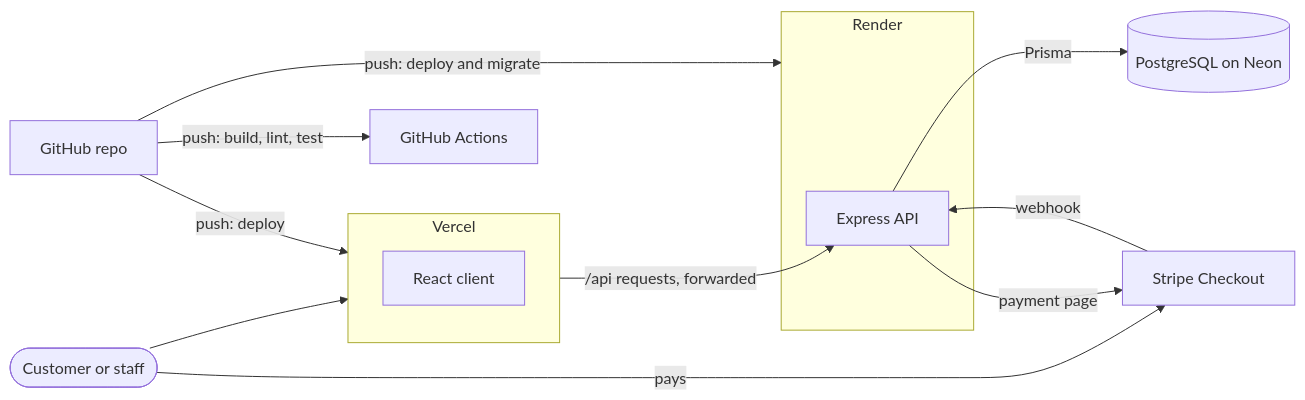
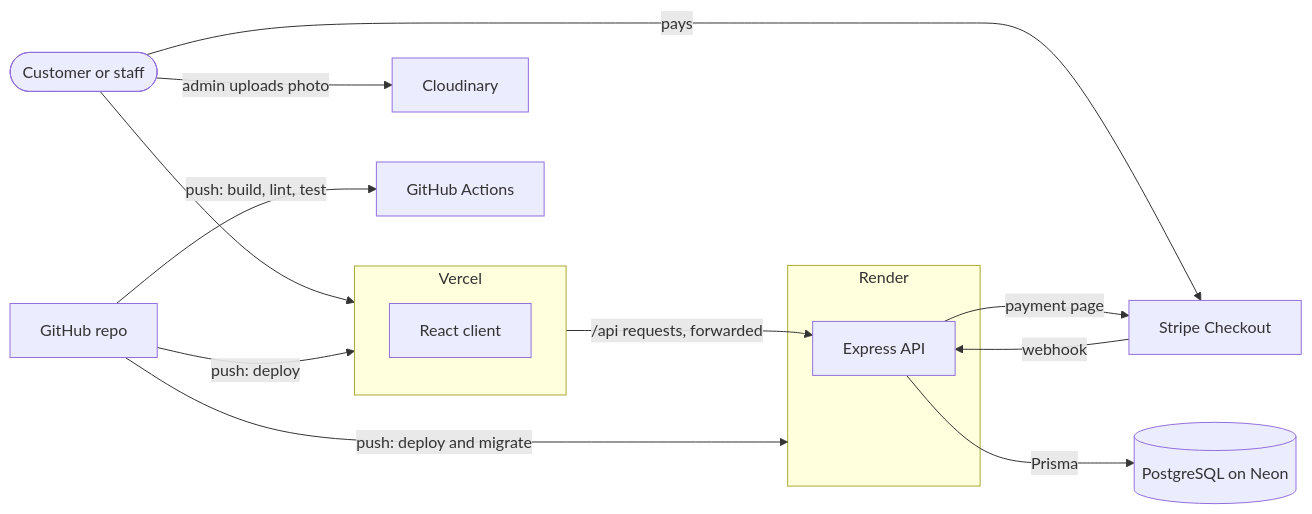
The diagram in README.md (NataliyaBenova-Walsh/bageti), drawn with Mermaid before and after one commit. The commit also changed other lines of this file and 16 other files, not shown here.

````diff
--- a/README.md
+++ b/README.md
@@ -62,18 +63,19 @@
 ```mermaid
 flowchart LR
     user([Customer or staff]) --> vercel
     subgraph vercel [Vercel]
         client[React client]
     end
     subgraph render [Render]
         api[Express API]
     end
     vercel -- "/api requests, forwarded" --> api
     api -- Prisma --> db[(PostgreSQL on Neon)]
     user -- pays --> stripe[Stripe Checkout]
     api -- "payment page" --> stripe
+    user -- "admin uploads photo" --> cloudinary[Cloudinary]
     stripe -- webhook --> api
     github[GitHub repo] -- "push: deploy" --> vercel
     github -- "push: deploy and migrate" --> render
     github -- "push: build, lint, test" --> ci[GitHub Actions]
 ```
````
